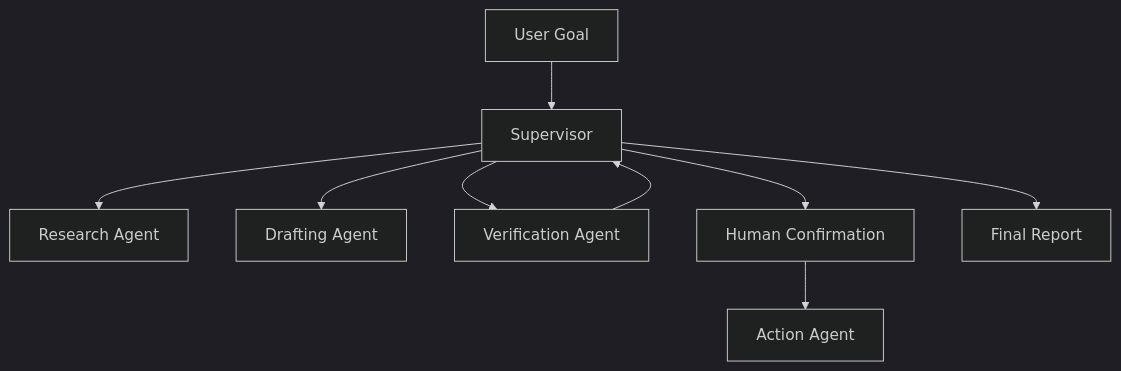
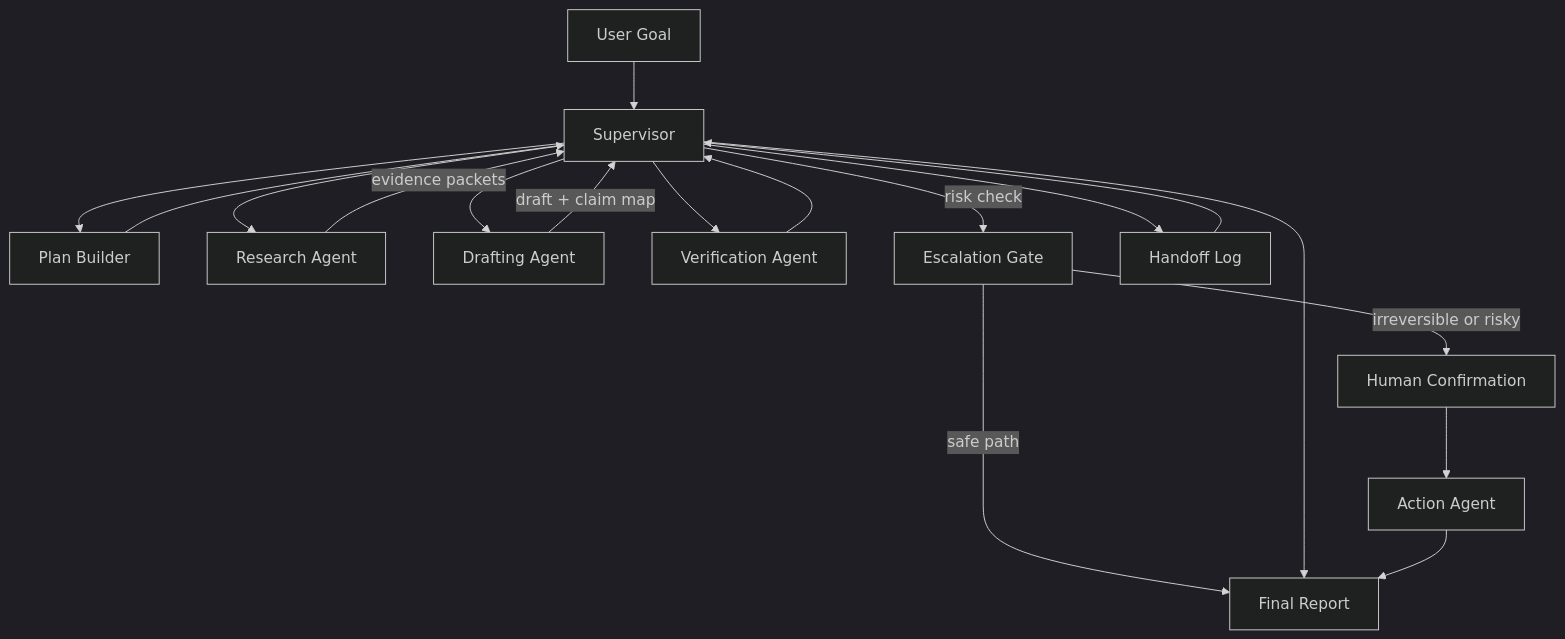
Before and after one commit to muchengit/agent-top: the diagram in docs/en/cases/multi-agent-collaboration.md, drawn with Mermaid (dark theme). The commit also changed other lines of this file and 24 other files, not shown here.

````diff
--- a/docs/en/cases/multi-agent-collaboration.md
+++ b/docs/en/cases/multi-agent-collaboration.md
@@ -16,11 +24,20 @@
 ```mermaid
 flowchart TD
   User[User Goal] --> Sup[Supervisor]
+  Sup --> Plan[Plan Builder]
+  Plan --> Sup
   Sup --> Res[Research Agent]
   Sup --> Drafter[Drafting Agent]
   Sup --> Verifier[Verification Agent]
+  Res -->|evidence packets| Sup
+  Drafter -->|draft + claim map| Sup
   Verifier --> Sup
-  Sup --> Human[Human Confirmation]
+  Sup -->|risk check| Escalation[Escalation Gate]
+  Escalation -->|irreversible or risky| Human[Human Confirmation]
   Human --> Act[Action Agent]
-  Sup --> Report[Final Report]
+  Escalation -->|safe path| Report[Final Report]
+  Sup --> Report
+  Act --> Report
+  Sup --> Eval[Handoff Log]
+  Eval --> Sup
 ```
````
